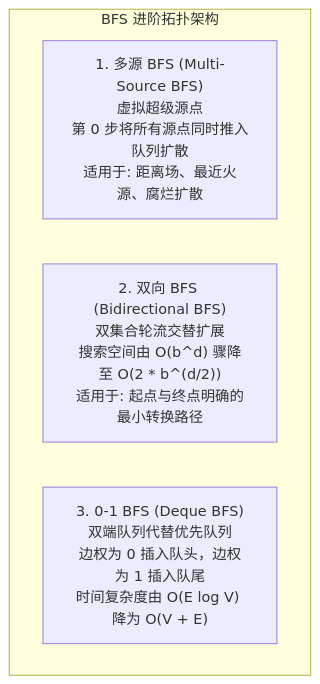
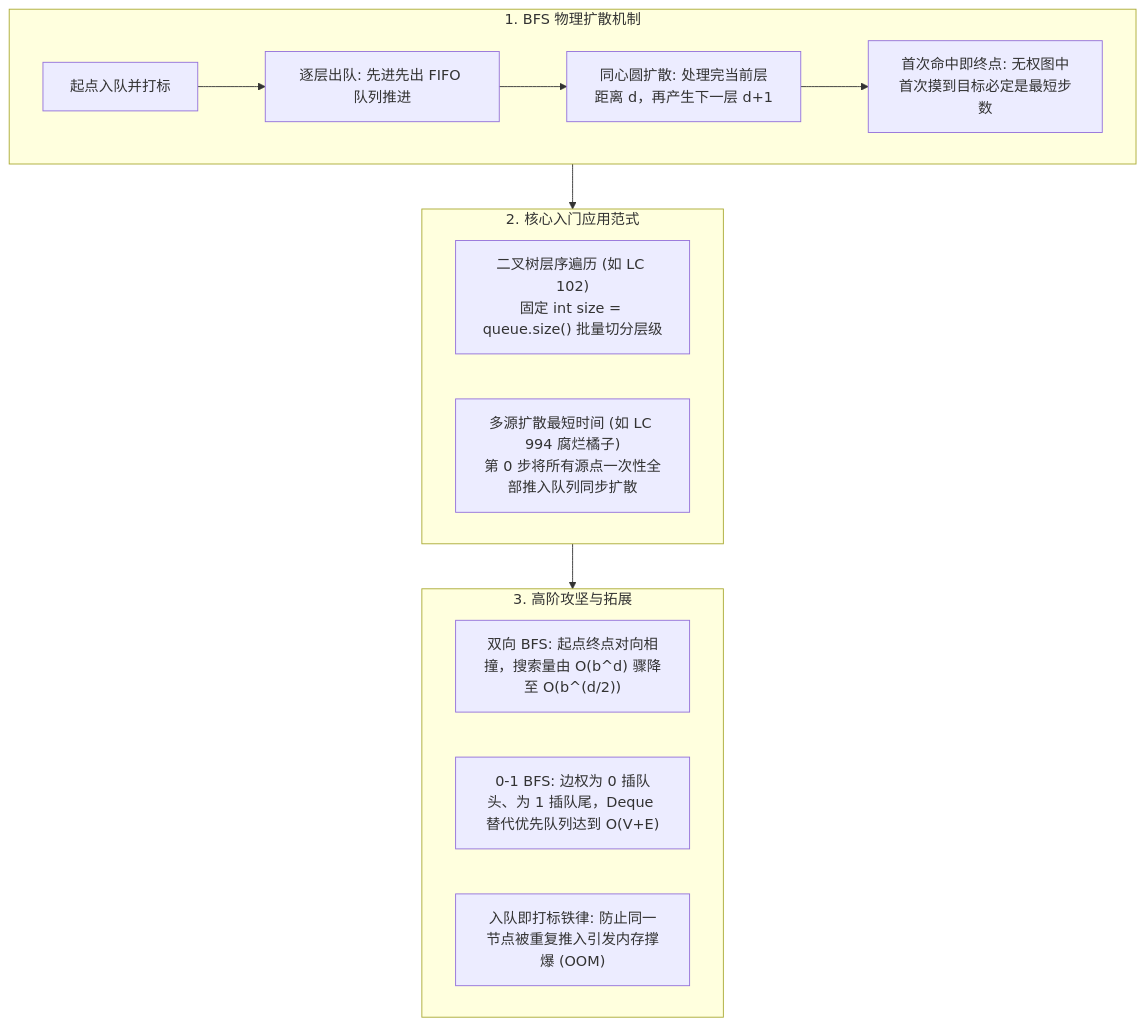
The diagram in 30-算法与数据结构/02-算法思想/07-BFS广度优先.md (GuoWWWX/knowledge-base), drawn with Mermaid before and after one commit. The commit also changed other lines of this file and 2 other files, not shown here.

Commit message:
docs(algo): 统一定制 05递归分治、06DFS、07BFS 文档为'概念-骨架-经典入门题-进阶拓展'的黄金教学体系

````diff
--- a/30-算法与数据结构/02-算法思想/07-BFS广度优先.md
+++ b/30-算法与数据结构/02-算法思想/07-BFS广度优先.md
@@ -104,8 +24,24 @@
 ```mermaid
 flowchart TD
-    subgraph Variants["BFS 进阶拓扑架构"]
-        Multi["1. 多源 BFS (Multi-Source BFS)\n虚拟超级源点\n第 0 步将所有源点同时推入队列扩散\n适用于: 距离场、最近火源、腐烂扩散"]
-        BiDir["2. 双向 BFS (Bidirectional BFS)\n双集合轮流交替扩展\n搜索空间由 O(b^d) 骤降至 O(2 * b^(d/2))\n适用于: 起点与终点明确的最小转换路径"]
-        ZeroOne["3. 0-1 BFS (Deque BFS)\n双端队列代替优先队列\n边权为 0 插入队头，边权为 1 插入队尾\n时间复杂度由 O(E log V) 降为 O(V + E)"]
+    subgraph CoreFlow["1. BFS 物理扩散机制"]
+        A["起点入队并打标"] --> B["逐层出队: 先进先出 FIFO 队列推进"]
+        B --> C["同心圆扩散: 处理完当前层距离 d，再产生下一层 d+1"]
+        C --> D["首次命中即终点: 无权图中首次摸到目标必定是最短步数"]
     end
+
+    subgraph TwoScenes["2. 核心入门应用范式"]
+        T1["二叉树层序遍历 (如 LC 102)
+固定 int size = queue.size() 批量切分层级"]
+        T2["多源扩散最短时间 (如 LC 994 腐烂橘子)
+第 0 步将所有源点一次性全部推入队列同步扩散"]
+    end
+
+    subgraph Advanced["3. 高阶攻坚与拓展"]
+        P1["双向 BFS: 起点终点对向相撞，搜索量由 O(b^d) 骤降至 O(b^(d/2))"]
+        P2["0-1 BFS: 边权为 0 插队头、为 1 插队尾，Deque 替代优先队列达到 O(V+E)"]
+        P3["入队即打标铁律: 防止同一节点被重复推入引发内存撑爆 (OOM)"]
+    end
+
+    CoreFlow --> TwoScenes
+    TwoScenes --> Advanced
 ```
````
